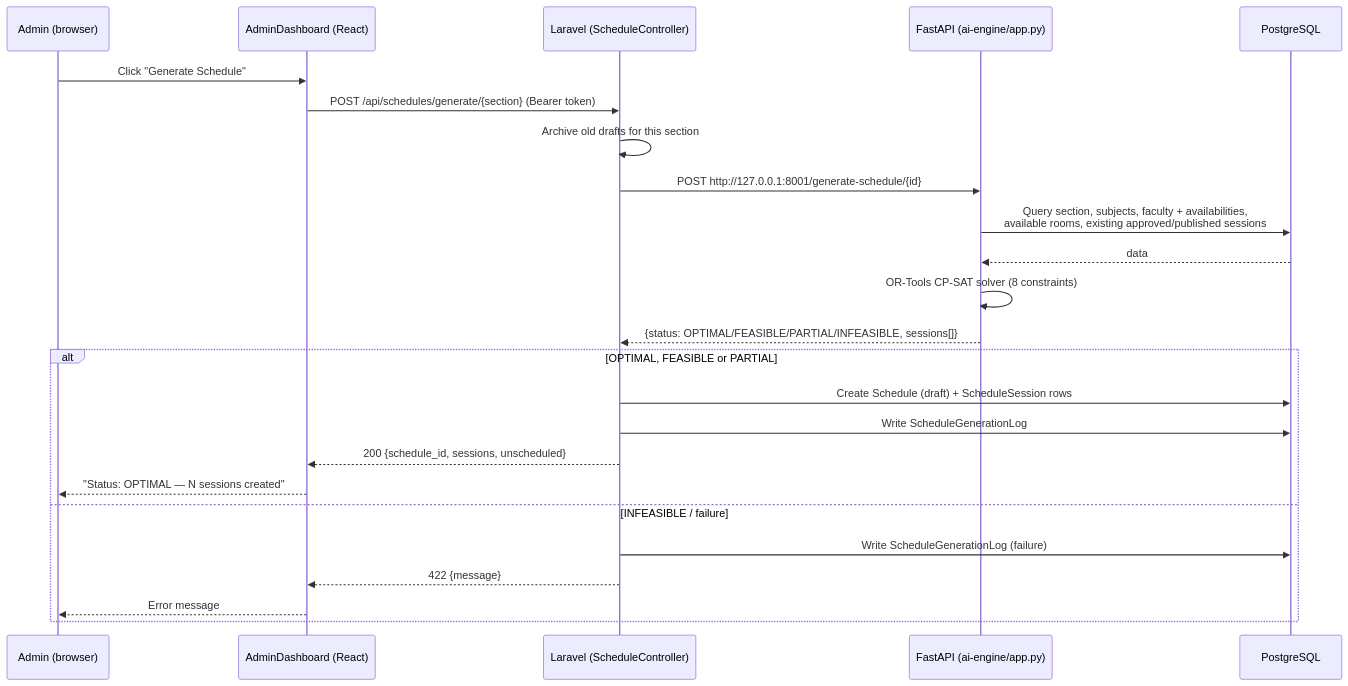
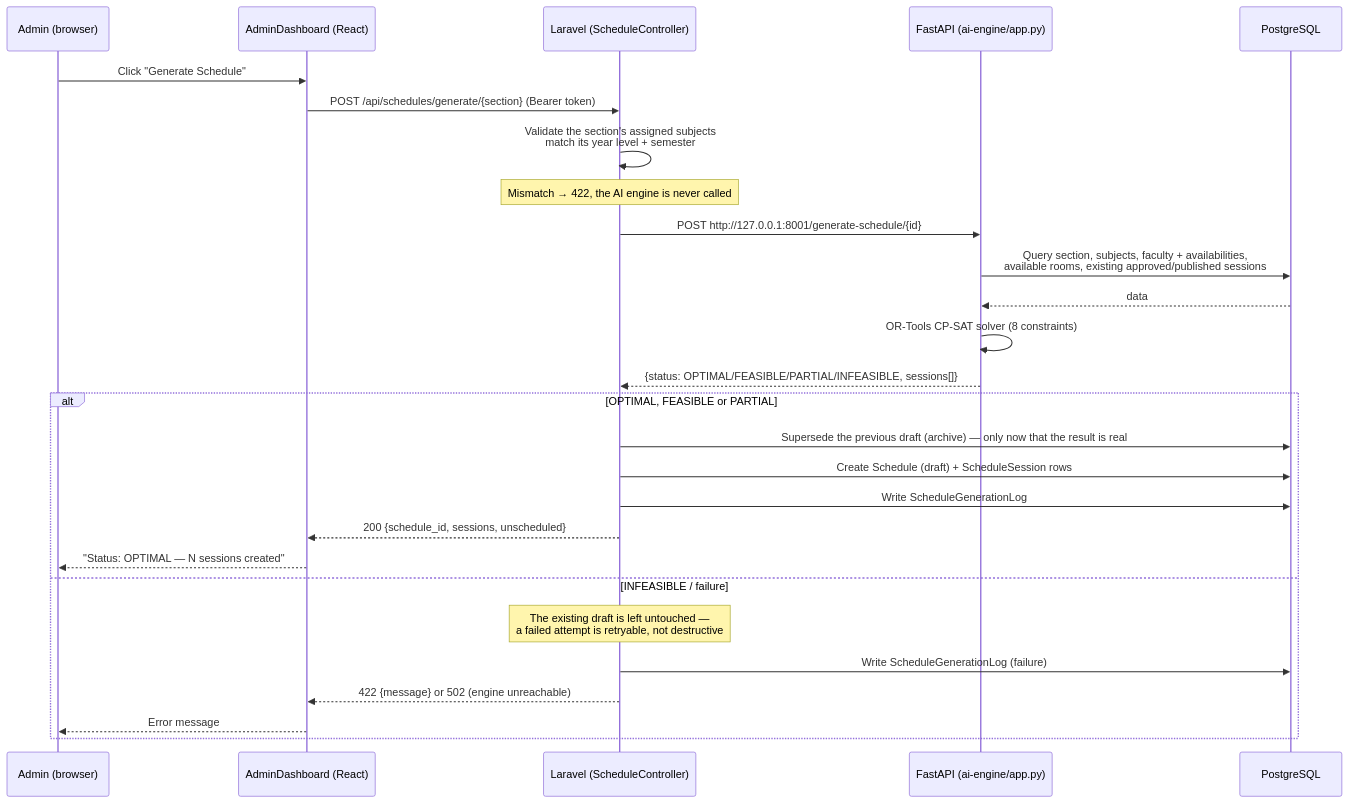
The second of 8 diagrams in documentation/System-Architecture.md (KiroOoo-arch/IT-faculty-scheduling-system), drawn with Mermaid before and after one commit. The commit also changed other lines of this file and 23 other files, not shown here.

````diff
--- a/documentation/System-Architecture.md
+++ b/documentation/System-Architecture.md
@@ -54,27 +57,30 @@
 ```mermaid
 sequenceDiagram
     participant U as Admin (browser)
     participant F as AdminDashboard (React)
     participant L as Laravel (ScheduleController)
     participant A as FastAPI (ai-engine/app.py)
     participant DB as PostgreSQL
 
     U->>F: Click "Generate Schedule"
     F->>L: POST /api/schedules/generate/{section} (Bearer token)
-    L->>L: Archive old drafts for this section
+    L->>L: Validate the section's assigned subjects<br/>match its year level + semester
+    Note over L: Mismatch → 422, the AI engine is never called
     L->>A: POST http://127.0.0.1:8001/generate-schedule/{id}
     A->>DB: Query section, subjects, faculty + availabilities,<br/>available rooms, existing approved/published sessions
     DB-->>A: data
     A->>A: OR-Tools CP-SAT solver (8 constraints)
     A-->>L: {status: OPTIMAL/FEASIBLE/PARTIAL/INFEASIBLE, sessions[]}
     alt OPTIMAL, FEASIBLE or PARTIAL
+        L->>DB: Supersede the previous draft (archive) — only now that the result is real
         L->>DB: Create Schedule (draft) + ScheduleSession rows
         L->>DB: Write ScheduleGenerationLog
         L-->>F: 200 {schedule_id, sessions, unscheduled}
         F-->>U: "Status: OPTIMAL — N sessions created"
     else INFEASIBLE / failure
+        Note over L: The existing draft is left untouched —<br/>a failed attempt is retryable, not destructive
         L->>DB: Write ScheduleGenerationLog (failure)
-        L-->>F: 422 {message}
+        L-->>F: 422 {message} or 502 (engine unreachable)
         F-->>U: Error message
     end
 ```
````
